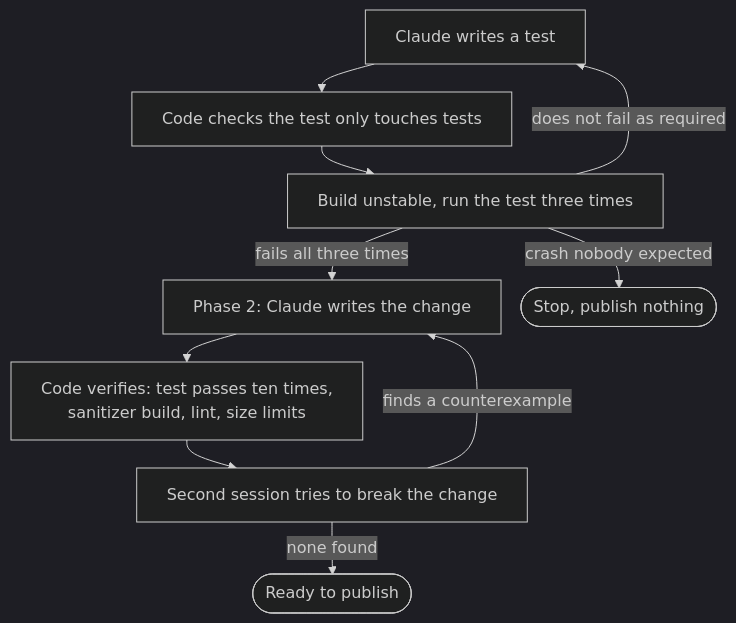
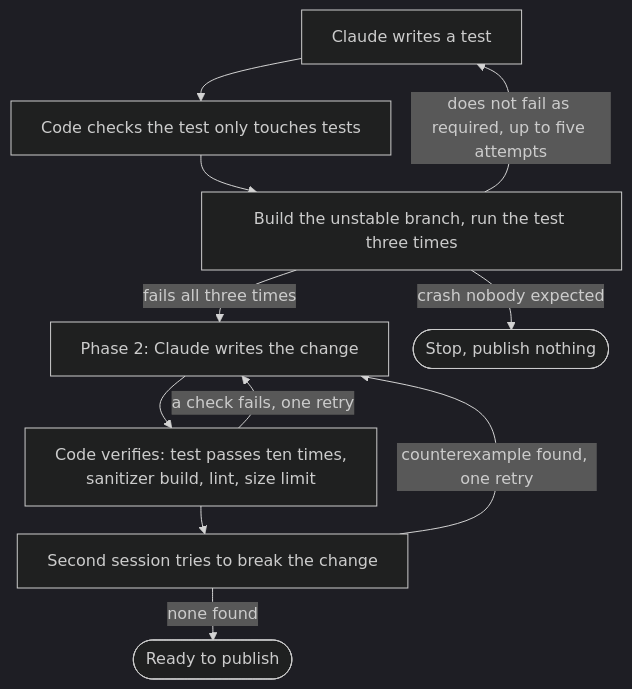
The second of 4 diagrams in docs/design/software-factory.md (sarthakaggarwal97/valkey-ci-agent), drawn with Mermaid (dark theme) before and after one commit. The commit also changed other lines of this file, not shown here.

````diff
--- a/docs/design/software-factory.md
+++ b/docs/design/software-factory.md
@@ -109,13 +121,14 @@
 ```mermaid
 %%{init: {"flowchart": {"nodeSpacing": 20, "rankSpacing": 28, "wrappingWidth": 360}}}%%
 flowchart TD
     A["Claude writes a test"] --> B["Code checks the test only touches tests"]
-    B --> C["Build unstable, run the test three times"]
-    C -->|"does not fail as required"| A
+    B --> C["Build the unstable branch, run the test three times"]
+    C -->|"does not fail as required, up to five attempts"| A
     C -->|"fails all three times"| P2["Phase 2: Claude writes the change"]
     C -->|"crash nobody expected"| S(["Stop, publish nothing"])
-    P2 --> V["Code verifies: test passes ten times,<br/>sanitizer build, lint, size limits"]
+    P2 --> V["Code verifies: test passes ten times,<br/>sanitizer build, lint, size limit"]
     V --> R["Second session tries to break the change"]
-    R -->|"finds a counterexample"| P2
+    V -->|"a check fails, one retry"| P2
+    R -->|"counterexample found, one retry"| P2
     R -->|"none found"| OK(["Ready to publish"])
 ```
````
